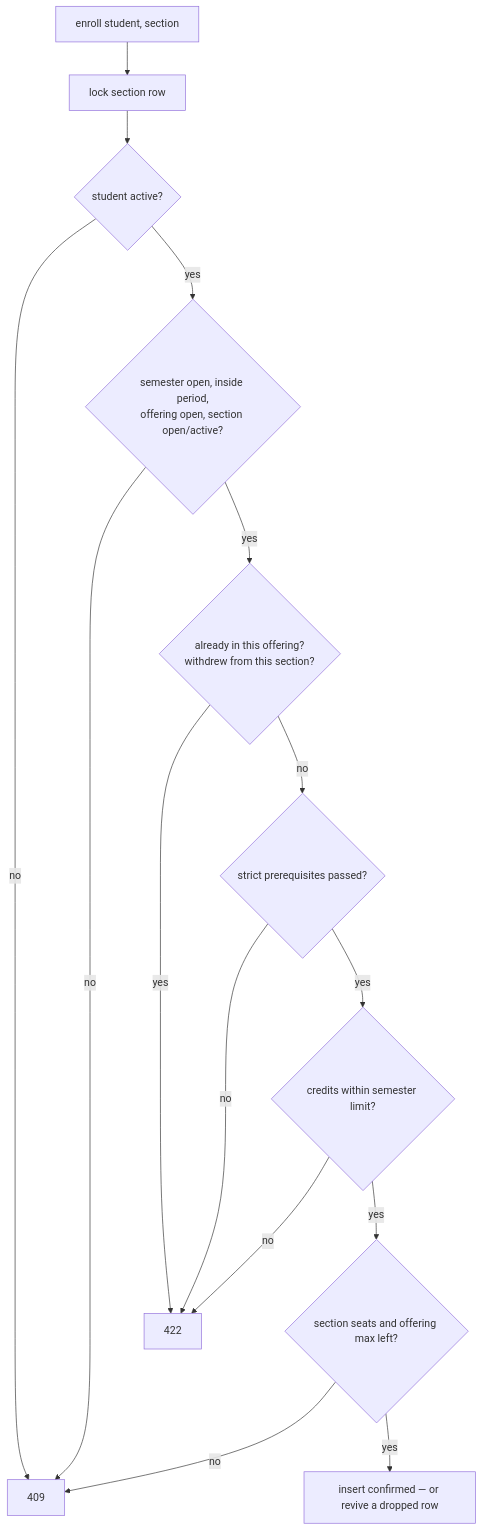
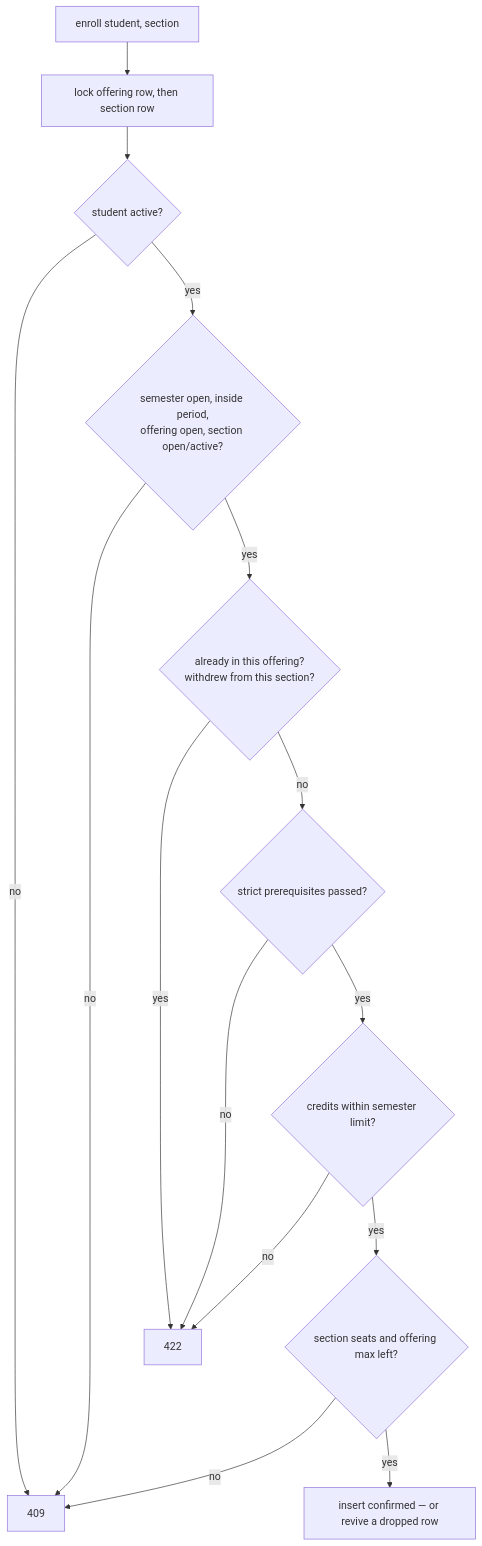
The diagram in docs/15_Enrollment-Report.md (RITH-1437/educore), drawn with Mermaid before and after one commit. The commit also changed other lines of this file and 1 other file, not shown here.

First line of the commit message:
[Fix]: lock the course offering while enrolling so its seat cap holds.

````diff
--- a/docs/15_Enrollment-Report.md
+++ b/docs/15_Enrollment-Report.md
@@ -16,17 +16,17 @@
 ```mermaid
 flowchart TD
-  A[enroll student, section] --> L[lock section row]
+  A[enroll student, section] --> L[lock offering row, then section row]
   L --> B{student active?}
   B -- no --> X1[409]
   B -- yes --> C{semester open, inside period,<br/>offering open, section open/active?}
   C -- no --> X1
   C -- yes --> D{already in this offering?<br/>withdrew from this section?}
   D -- yes --> X2[422]
   D -- no --> E{strict prerequisites passed?}
   E -- no --> X2
   E -- yes --> F{credits within semester limit?}
   F -- no --> X2
   F -- yes --> G{section seats and offering max left?}
   G -- no --> X1
   G -- yes --> H[insert confirmed — or revive a dropped row]
 ```
````
